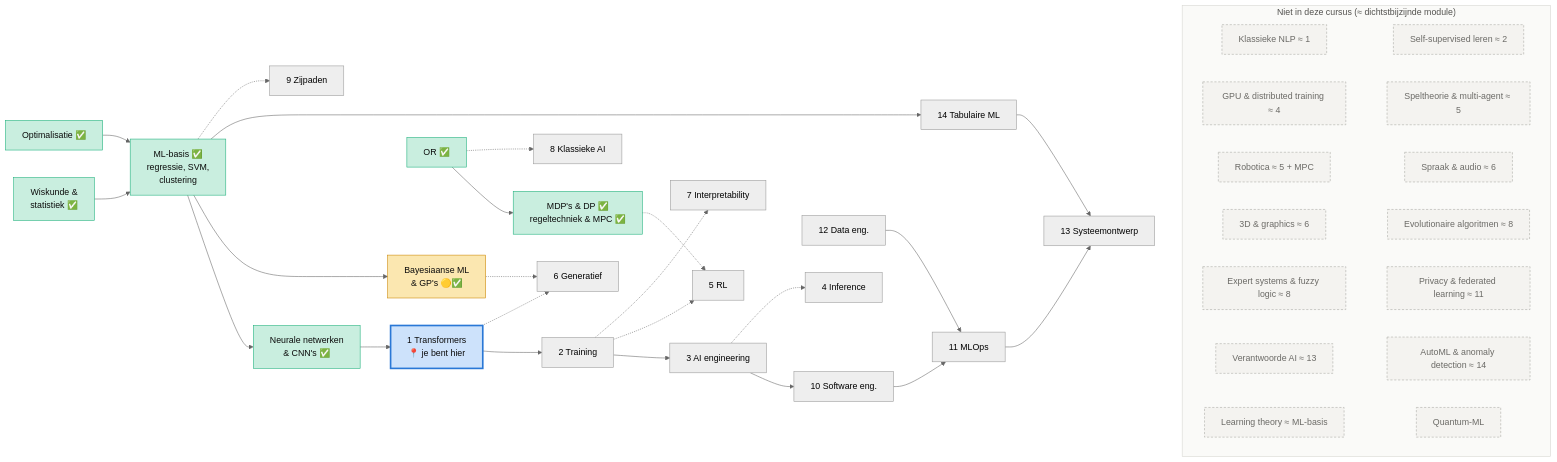
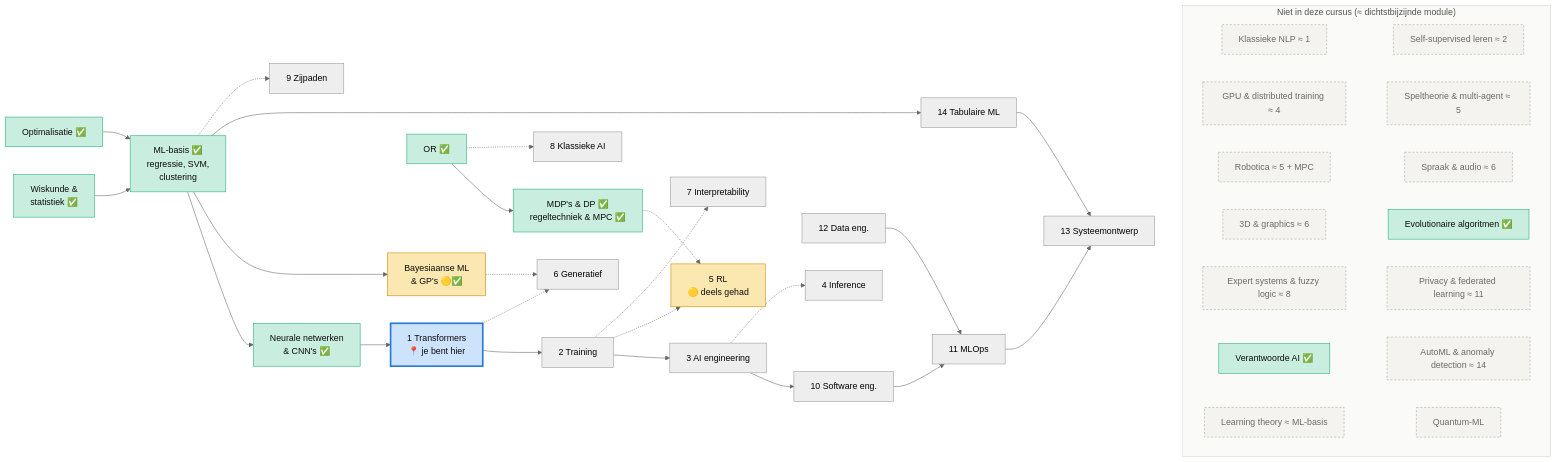
The diagram in README.md (jeroenderuijter2002/Self-learning-AI), drawn with Mermaid (neutral theme) before and after one commit. The commit also changed other lines of this file and 2 other files, not shown here.

Commit message:
Landkaart weg, routediagram is het overzicht

````diff
--- a/README.md
+++ b/README.md
@@ -79,60 +68,61 @@
 ```mermaid
 flowchart LR
     W["Wiskunde &<br/>statistiek ✅"] --> MLB["ML-basis ✅<br/>regressie, SVM,<br/>clustering"]
     OPT["Optimalisatie ✅"] --> MLB
     MLB --> NN["Neurale netwerken<br/>& CNN's ✅"]
     MLB --> BAY["Bayesiaanse ML<br/>& GP's 🟡✅"]
     OR["OR ✅"] --> MDP["MDP's & DP ✅<br/>regeltechniek & MPC ✅"]
 
     NN --> M1["1 Transformers<br/>📍 je bent hier"]
     M1 --> M2["2 Training"] --> M3["3 AI engineering"]
     M3 --> M10["10 Software eng."] --> M11["11 MLOps"]
     M11 --> M13["13 Systeemontwerp"]
     M14["14 Tabulaire ML"] --> M13
     M12["12 Data eng."] --> M11
     MLB --> M14
     M3 -.-> M4["4 Inference"]
-    M2 -.-> M5["5 RL"]
+    M2 -.-> M5["5 RL<br/>🟡 deels gehad"]
     MDP -.-> M5
     M2 -.-> M7["7 Interpretability"]
     M1 -.-> M6["6 Generatief"]
     BAY -.-> M6
     MLB -.-> M9["9 Zijpaden"]
     OR -.-> M8["8 Klassieke AI"]
 
     subgraph NIET["Niet in deze cursus (≈ dichtstbijzijnde module)"]
         direction LR
         X1["Klassieke NLP ≈ 1"]
         X4["Self-supervised leren ≈ 2"]
         X11["GPU & distributed training ≈ 4"]
         X9["Speltheorie & multi-agent ≈ 5"]
         X10["Robotica ≈ 5 + MPC"]
         X2["Spraak & audio ≈ 6"]
         X3["3D & graphics ≈ 6"]
-        X7["Evolutionaire algoritmen ≈ 8"]
+        X7["Evolutionaire algoritmen ✅"]
         X8["Expert systems & fuzzy logic ≈ 8"]
         X12["Privacy & federated learning ≈ 11"]
-        X13["Verantwoorde AI ≈ 13"]
+        X13["Verantwoorde AI ✅"]
         X6["AutoML & anomaly detection ≈ 14"]
         X5["Learning theory ≈ ML-basis"]
         X14["Quantum-ML"]
         X1 ~~~ X4
         X11 ~~~ X9
         X10 ~~~ X2
         X3 ~~~ X7
         X8 ~~~ X12
         X13 ~~~ X6
         X5 ~~~ X14
     end
     M13 ~~~ NIET
 
     classDef had fill:#c9eedf,stroke:#1baf7a,color:#0b0b0b
     classDef bezig fill:#fbe7b0,stroke:#c98500,color:#0b0b0b
     classDef nu fill:#cde2fb,stroke:#2a78d6,stroke-width:3px,color:#0b0b0b
     classDef niet fill:#f4f3f0,stroke:#a8a7a2,color:#6b6a66,stroke-dasharray:4 3
     class W,OPT,MLB,NN,OR,MDP had
-    class BAY bezig
+    class BAY,M5 bezig
     class M1 nu
-    class X1,X2,X3,X4,X5,X6,X7,X8,X9,X10,X11,X12,X13,X14 niet
+    class X1,X2,X3,X4,X5,X6,X8,X9,X10,X11,X12,X14 niet
+    class X7,X13 had
     style NIET fill:#fafaf8,stroke:#d6d5d0,color:#52514e
 ```
````
